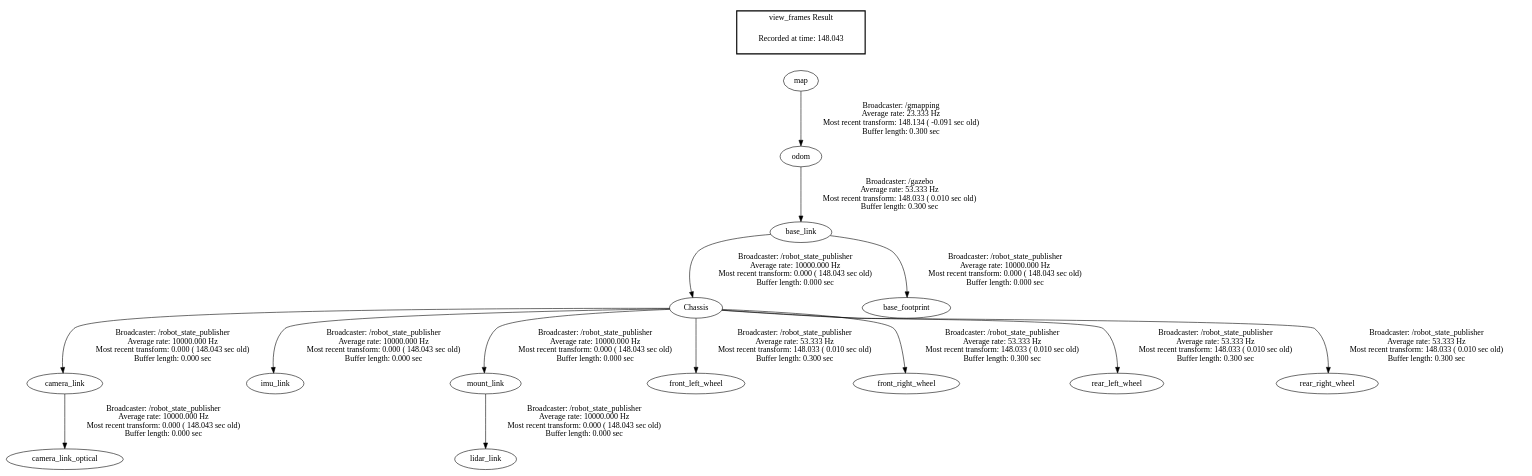
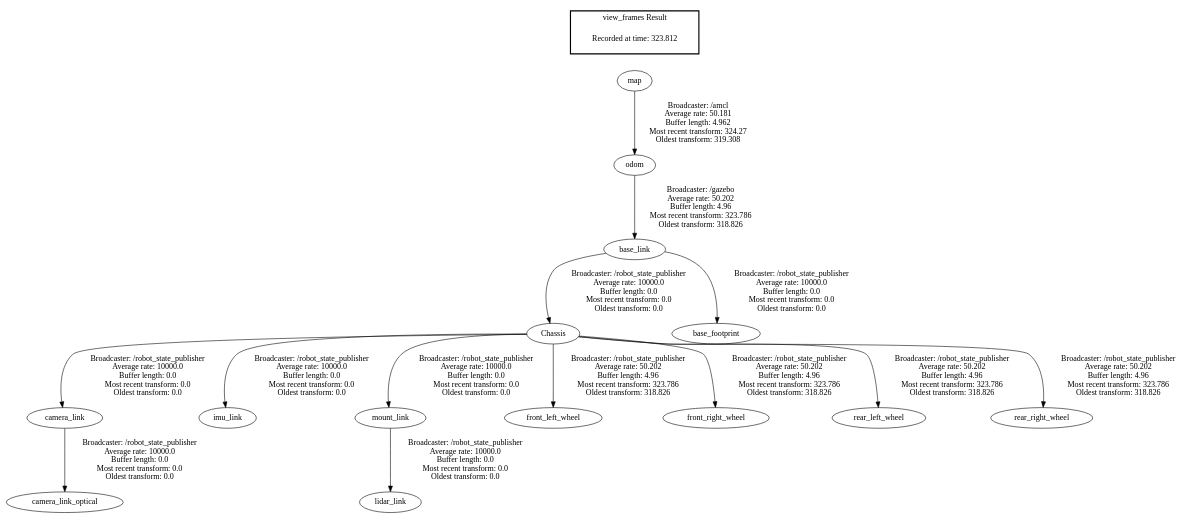
One commit to Vasanth28897/my_4wheel_bot changed the diagram in frames.gv. Above: the diagram before and after it, drawn with Graphviz. The commit also changed 18 other files, not shown here.

```diff
--- a/frames.gv
+++ b/frames.gv
@@ -1,19 +1,19 @@
 digraph G {
-"base_link" -> "Chassis"[label="Broadcaster: /robot_state_publisher\nAverage rate: 10000.000 Hz\nMost recent transform: 0.000 ( 148.043 sec old)\nBuffer length: 0.000 sec\n"];
-"odom" -> "base_link"[label="Broadcaster: /gazebo\nAverage rate: 53.333 Hz\nMost recent transform: 148.033 ( 0.010 sec old)\nBuffer length: 0.300 sec\n"];
-"base_link" -> "base_footprint"[label="Broadcaster: /robot_state_publisher\nAverage rate: 10000.000 Hz\nMost recent transform: 0.000 ( 148.043 sec old)\nBuffer length: 0.000 sec\n"];
-"Chassis" -> "camera_link"[label="Broadcaster: /robot_state_publisher\nAverage rate: 10000.000 Hz\nMost recent transform: 0.000 ( 148.043 sec old)\nBuffer length: 0.000 sec\n"];
-"camera_link" -> "camera_link_optical"[label="Broadcaster: /robot_state_publisher\nAverage rate: 10000.000 Hz\nMost recent transform: 0.000 ( 148.043 sec old)\nBuffer length: 0.000 sec\n"];
-"Chassis" -> "imu_link"[label="Broadcaster: /robot_state_publisher\nAverage rate: 10000.000 Hz\nMost recent transform: 0.000 ( 148.043 sec old)\nBuffer length: 0.000 sec\n"];
-"mount_link" -> "lidar_link"[label="Broadcaster: /robot_state_publisher\nAverage rate: 10000.000 Hz\nMost recent transform: 0.000 ( 148.043 sec old)\nBuffer length: 0.000 sec\n"];
-"Chassis" -> "mount_link"[label="Broadcaster: /robot_state_publisher\nAverage rate: 10000.000 Hz\nMost recent transform: 0.000 ( 148.043 sec old)\nBuffer length: 0.000 sec\n"];
-"map" -> "odom"[label="Broadcaster: /gmapping\nAverage rate: 23.333 Hz\nMost recent transform: 148.134 ( -0.091 sec old)\nBuffer length: 0.300 sec\n"];
-"Chassis" -> "front_left_wheel"[label="Broadcaster: /robot_state_publisher\nAverage rate: 53.333 Hz\nMost recent transform: 148.033 ( 0.010 sec old)\nBuffer length: 0.300 sec\n"];
-"Chassis" -> "front_right_wheel"[label="Broadcaster: /robot_state_publisher\nAverage rate: 53.333 Hz\nMost recent transform: 148.033 ( 0.010 sec old)\nBuffer length: 0.300 sec\n"];
-"Chassis" -> "rear_left_wheel"[label="Broadcaster: /robot_state_publisher\nAverage rate: 53.333 Hz\nMost recent transform: 148.033 ( 0.010 sec old)\nBuffer length: 0.300 sec\n"];
-"Chassis" -> "rear_right_wheel"[label="Broadcaster: /robot_state_publisher\nAverage rate: 53.333 Hz\nMost recent transform: 148.033 ( 0.010 sec old)\nBuffer length: 0.300 sec\n"];
+"base_link" -> "Chassis"[label=" Broadcaster: /robot_state_publisher\nAverage rate: 10000.0\nBuffer length: 0.0\nMost recent transform: 0.0\nOldest transform: 0.0\n"];
+"odom" -> "base_link"[label=" Broadcaster: /gazebo\nAverage rate: 50.202\nBuffer length: 4.96\nMost recent transform: 323.786\nOldest transform: 318.826\n"];
+"base_link" -> "base_footprint"[label=" Broadcaster: /robot_state_publisher\nAverage rate: 10000.0\nBuffer length: 0.0\nMost recent transform: 0.0\nOldest transform: 0.0\n"];
+"Chassis" -> "camera_link"[label=" Broadcaster: /robot_state_publisher\nAverage rate: 10000.0\nBuffer length: 0.0\nMost recent transform: 0.0\nOldest transform: 0.0\n"];
+"camera_link" -> "camera_link_optical"[label=" Broadcaster: /robot_state_publisher\nAverage rate: 10000.0\nBuffer length: 0.0\nMost recent transform: 0.0\nOldest transform: 0.0\n"];
+"Chassis" -> "imu_link"[label=" Broadcaster: /robot_state_publisher\nAverage rate: 10000.0\nBuffer length: 0.0\nMost recent transform: 0.0\nOldest transform: 0.0\n"];
+"mount_link" -> "lidar_link"[label=" Broadcaster: /robot_state_publisher\nAverage rate: 10000.0\nBuffer length: 0.0\nMost recent transform: 0.0\nOldest transform: 0.0\n"];
+"Chassis" -> "mount_link"[label=" Broadcaster: /robot_state_publisher\nAverage rate: 10000.0\nBuffer length: 0.0\nMost recent transform: 0.0\nOldest transform: 0.0\n"];
+"map" -> "odom"[label=" Broadcaster: /amcl\nAverage rate: 50.181\nBuffer length: 4.962\nMost recent transform: 324.27\nOldest transform: 319.308\n"];
+"Chassis" -> "front_left_wheel"[label=" Broadcaster: /robot_state_publisher\nAverage rate: 50.202\nBuffer length: 4.96\nMost recent transform: 323.786\nOldest transform: 318.826\n"];
+"Chassis" -> "front_right_wheel"[label=" Broadcaster: /robot_state_publisher\nAverage rate: 50.202\nBuffer length: 4.96\nMost recent transform: 323.786\nOldest transform: 318.826\n"];
+"Chassis" -> "rear_left_wheel"[label=" Broadcaster: /robot_state_publisher\nAverage rate: 50.202\nBuffer length: 4.96\nMost recent transform: 323.786\nOldest transform: 318.826\n"];
+"Chassis" -> "rear_right_wheel"[label=" Broadcaster: /robot_state_publisher\nAverage rate: 50.202\nBuffer length: 4.96\nMost recent transform: 323.786\nOldest transform: 318.826\n"];
 edge [style=invis];
  subgraph cluster_legend { style=bold; color=black; label ="view_frames Result";
-"Recorded at time: 148.043"[ shape=plaintext ] ;
- }->"map";
+"Recorded at time: 323.812"[ shape=plaintext ] ;
+}->"map";
 }
```
